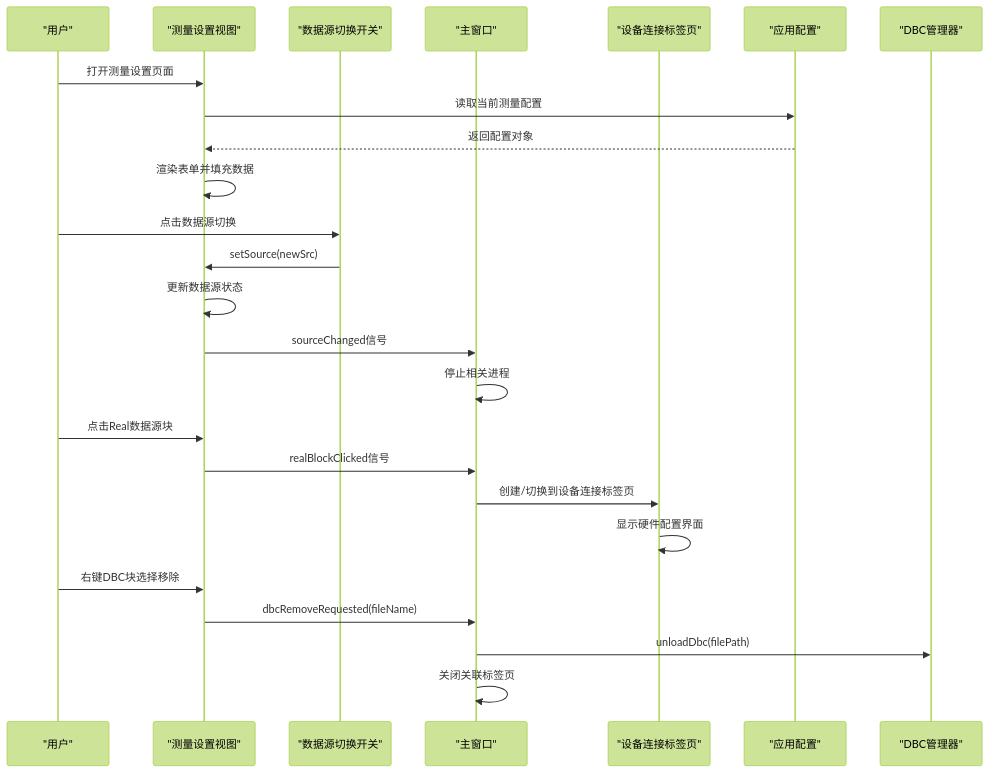
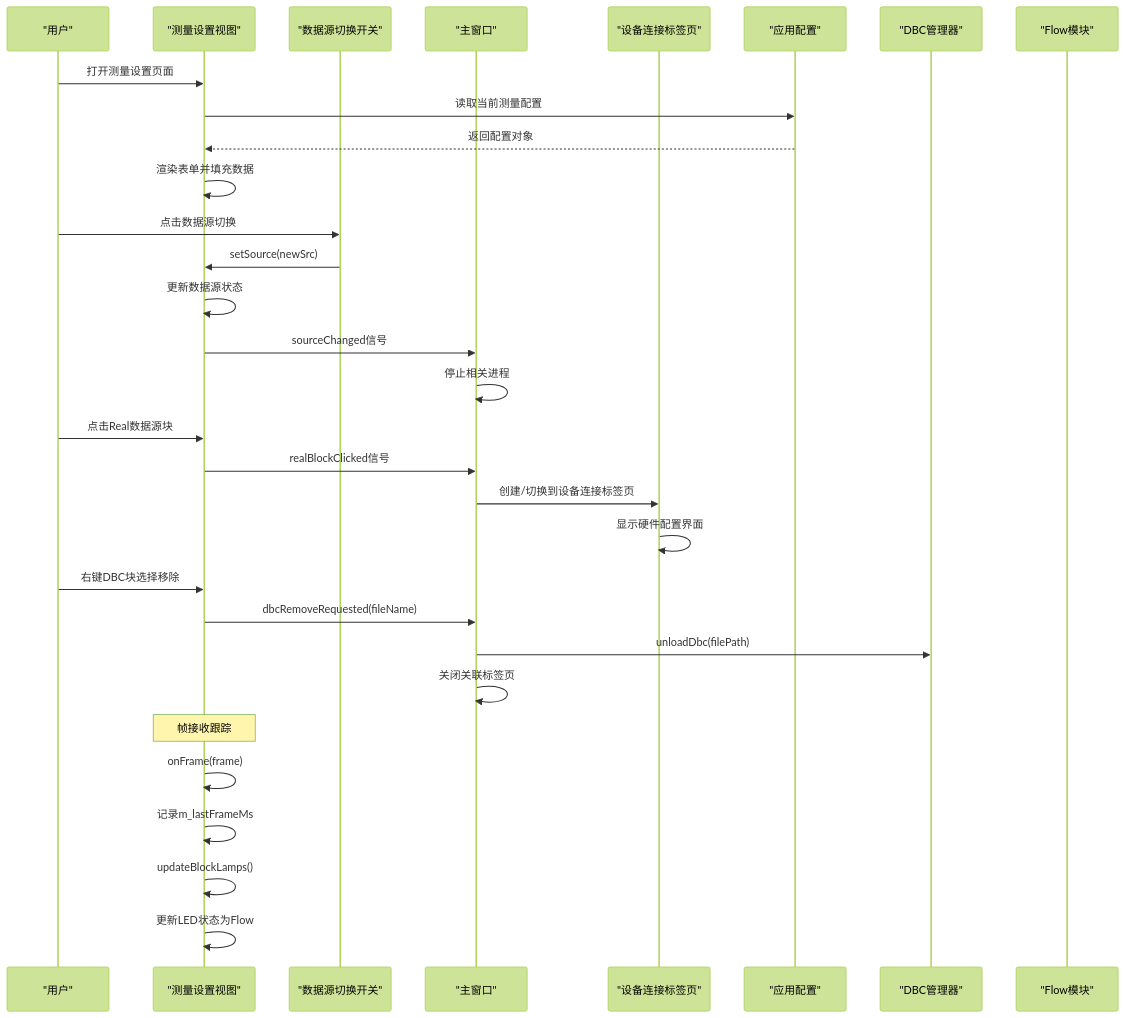
One commit to jakecai1225-design/OpenBus changed the third of 10 diagrams in .qoder/repowiki/zh/content/架构设计/UI系统设计/测量设置视图组件.md. Above: the diagram before and after it, drawn with Mermaid (forest theme). The commit also changed other lines of this file and 10 other files, not shown here.

````diff
--- a/.qoder/repowiki/zh/content/架构设计/UI系统设计/测量设置视图组件.md
+++ b/.qoder/repowiki/zh/content/架构设计/UI系统设计/测量设置视图组件.md
@@ -257,27 +276,33 @@
 ```mermaid
 sequenceDiagram
 participant User as "用户"
 participant View as "测量设置视图"
 participant Switch as "数据源切换开关"
 participant MainWin as "主窗口"
 participant DevTab as "设备连接标签页"
 participant Config as "应用配置"
 participant DBCMgr as "DBC管理器"
+participant FlowMod as "Flow模块"
 User->>View : 打开测量设置页面
 View->>Config : 读取当前测量配置
 Config-->>View : 返回配置对象
 View->>View : 渲染表单并填充数据
 User->>Switch : 点击数据源切换
 Switch->>View : setSource(newSrc)
 View->>View : 更新数据源状态
 View->>MainWin : sourceChanged信号
 MainWin->>MainWin : 停止相关进程
 User->>View : 点击Real数据源块
 View->>MainWin : realBlockClicked信号
 MainWin->>DevTab : 创建/切换到设备连接标签页
 DevTab->>DevTab : 显示硬件配置界面
 User->>View : 右键DBC块选择移除
 View->>MainWin : dbcRemoveRequested(fileName)
 MainWin->>DBCMgr : unloadDbc(filePath)
 MainWin->>MainWin : 关闭关联标签页
+Note over View : 帧接收跟踪
+View->>View : onFrame(frame)
+View->>View : 记录m_lastFrameMs
+View->>View : updateBlockLamps()
+View->>View : 更新LED状态为Flow
 ```
````
